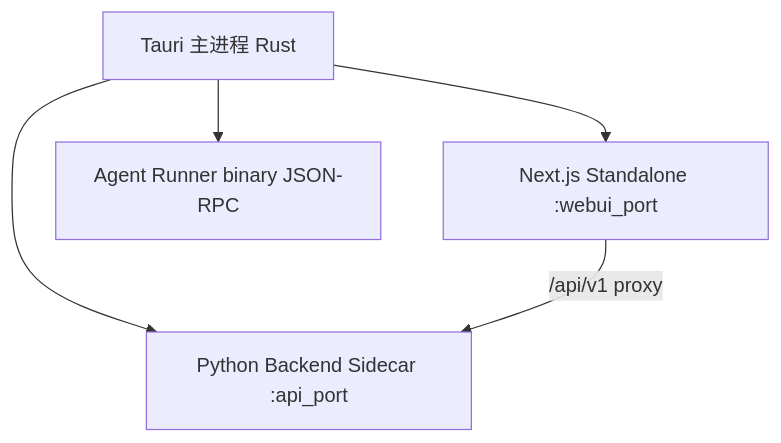
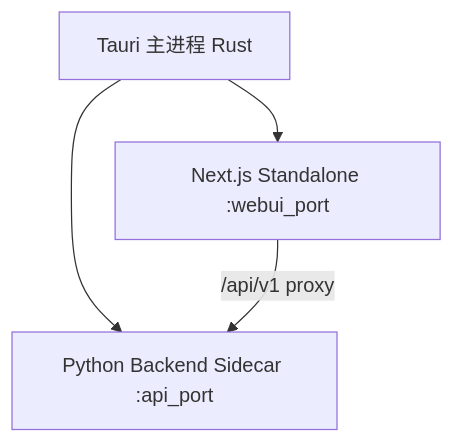
One commit to Pursue-LLL/myrm-agent changed the diagram in myrm-agent-desktop/ARCHITECTURE.md. Above: the diagram before and after it, drawn with Mermaid. The commit also changed other lines of this file and 46 other files, not shown here.

Commit message:
refactor(desktop): retire agent-runner sidecar and align permissions

````diff
--- a/myrm-agent-desktop/ARCHITECTURE.md
+++ b/myrm-agent-desktop/ARCHITECTURE.md
@@ -17,11 +17,9 @@
 ```mermaid
 flowchart TD
   Tauri[Tauri 主进程 Rust]
   Py[Python Backend Sidecar :api_port]
   Next[Next.js Standalone :webui_port]
-  AR[Agent Runner binary JSON-RPC]
   Tauri --> Py
   Tauri --> Next
-  Tauri --> AR
   Next -->|/api/v1 proxy| Py
 ```
````
